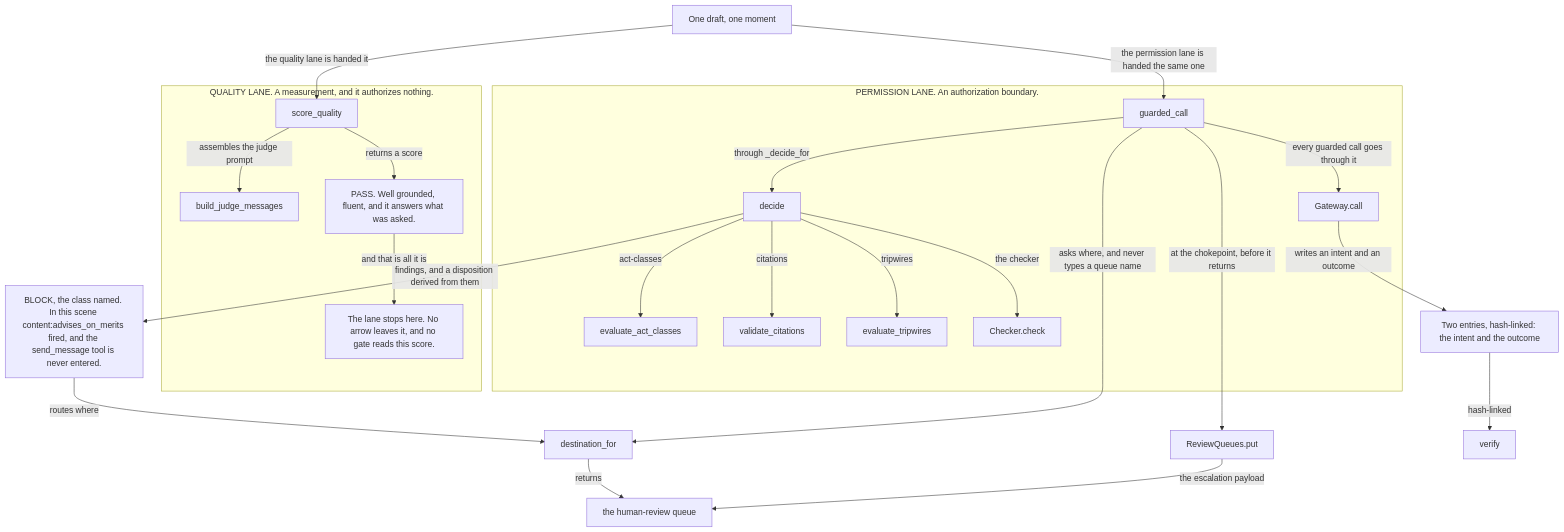
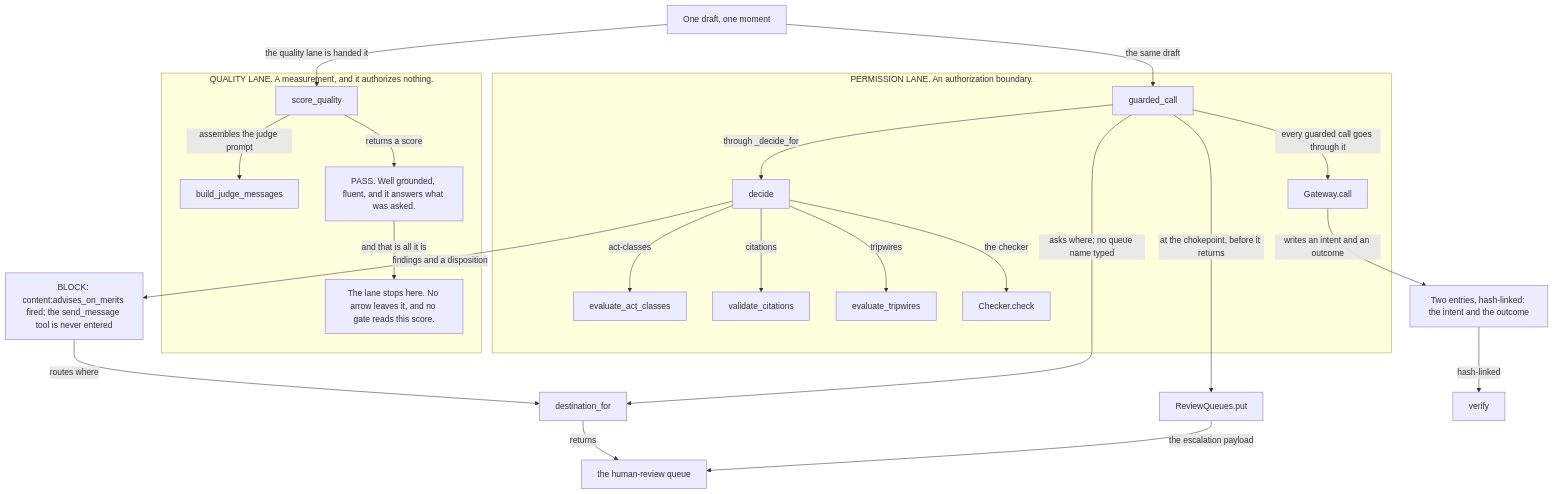
Before and after one commit to EsraaKamel11/chaperone: the first of 2 diagrams in README.md, drawn with Mermaid. The commit also changed other lines of this file and 2 other files, not shown here.

Commit message:
fix: the drawing is held to the lane gap it draws, and two labels the advisor sized for the renderer

````diff
--- a/README.md
+++ b/README.md
@@ -174,45 +176,45 @@
 ```mermaid
 flowchart TD
     %% Generated by tools/diagram.py from the tree it draws. Do not edit by hand.
     draft["One draft, one moment"]
-    denial["BLOCK, the class named. In this scene content:advises_on_merits fired, and the send_message tool is never entered."]
+    denial["BLOCK: content:advises_on_merits fired; the send_message tool is never entered"]
     destination["destination_for"]
     put["ReviewQueues.put"]
     queue["the human-review queue"]
     log["Two entries, hash-linked: the intent and the outcome"]
     chain["verify"]
     subgraph quality["QUALITY LANE. A measurement, and it authorizes nothing."]
         judge["score_quality"]
         judge_prompt["build_judge_messages"]
         scored["PASS. Well grounded, fluent, and it answers what was asked."]
         measurement["The lane stops here. No arrow leaves it, and no gate reads this score."]
     end
     subgraph permission["PERMISSION LANE. An authorization boundary."]
         chokepoint["guarded_call"]
         gateway["Gateway.call"]
         engine["decide"]
         acts["evaluate_act_classes"]
         citations["validate_citations"]
         tripwires["evaluate_tripwires"]
         checker["Checker.check"]
     end
     draft -->|"the quality lane is handed it"|judge
     judge -->|"assembles the judge prompt"|judge_prompt
     judge -->|"returns a score"|scored
     scored -->|"and that is all it is"|measurement
-    draft -->|"the permission lane is handed the same one"|chokepoint
+    draft -->|"the same draft"|chokepoint
     chokepoint -->|"every guarded call goes through it"|gateway
     chokepoint -->|"through _decide_for"|engine
     engine -->|"act-classes"|acts
     engine -->|"citations"|citations
     engine -->|"tripwires"|tripwires
     engine -->|"the checker"|checker
-    engine -->|"findings, and a disposition derived from them"|denial
+    engine -->|"findings and a disposition"|denial
     denial -->|"routes where"|destination
-    chokepoint -->|"asks where, and never types a queue name"|destination
+    chokepoint -->|"asks where; no queue name typed"|destination
     destination -->|"returns"|queue
     chokepoint -->|"at the chokepoint, before it returns"|put
     put -->|"the escalation payload"|queue
     gateway -->|"writes an intent and an outcome"|log
     log -->|"hash-linked"|chain
 ```
````
